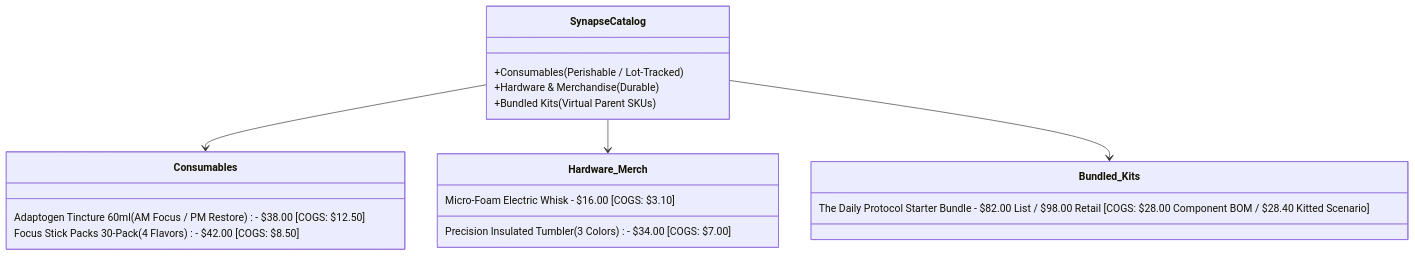
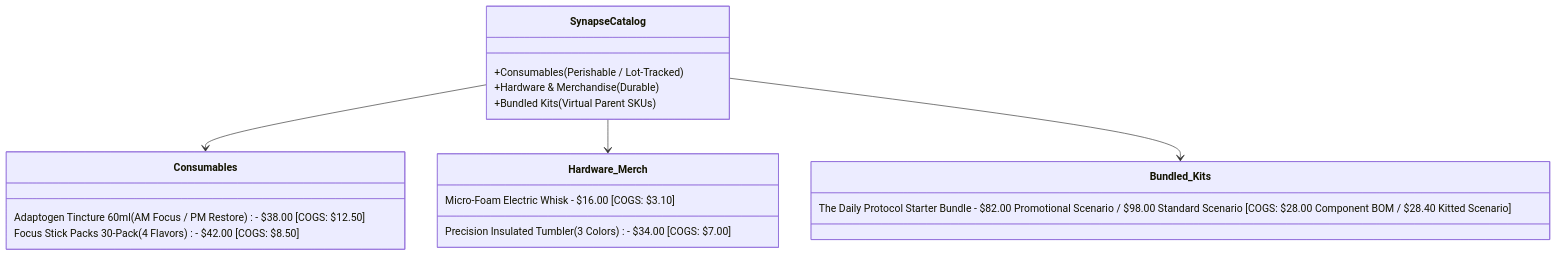
One commit to riovicsusas/portfolio changed the first of 2 diagrams in STORE-OVERVIEW-SynapseBotanicals.md. Above: the diagram before and after it, drawn with Mermaid. The commit also changed other lines of this file and 77 other files, not shown here.

````diff
--- a/STORE-OVERVIEW-SynapseBotanicals.md
+++ b/STORE-OVERVIEW-SynapseBotanicals.md
@@ -23,22 +23,22 @@
 ```mermaid
 classDiagram
     class SynapseCatalog {
         +Consumables (Perishable / Lot-Tracked)
         +Hardware & Merchandise (Durable)
         +Bundled Kits (Virtual Parent SKUs)
     }
     class Consumables {
         Adaptogen Tincture 60ml (AM Focus / PM Restore) - $38.00 [COGS: $12.50]
         Focus Stick Packs 30-Pack (4 Flavors) - $42.00 [COGS: $8.50]
     }
     class Hardware_Merch {
         Precision Insulated Tumbler (3 Colors) - $34.00 [COGS: $7.00]
         Micro-Foam Electric Whisk - $16.00 [COGS: $3.10]
     }
     class Bundled_Kits {
-        The Daily Protocol Starter Bundle - $82.00 List / $98.00 Retail [COGS: $28.00 Component BOM / $28.40 Kitted Scenario]
+        The Daily Protocol Starter Bundle - $82.00 Promotional Scenario / $98.00 Standard Scenario [COGS: $28.00 Component BOM / $28.40 Kitted Scenario]
     }
     SynapseCatalog --> Consumables
     SynapseCatalog --> Hardware_Merch
     SynapseCatalog --> Bundled_Kits
 ```
````
